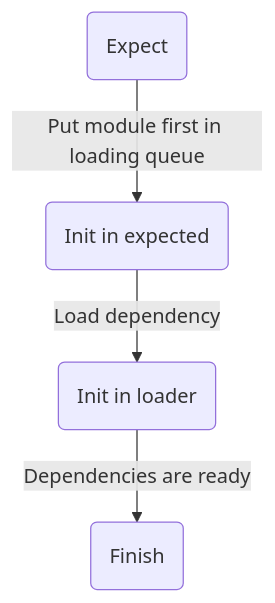
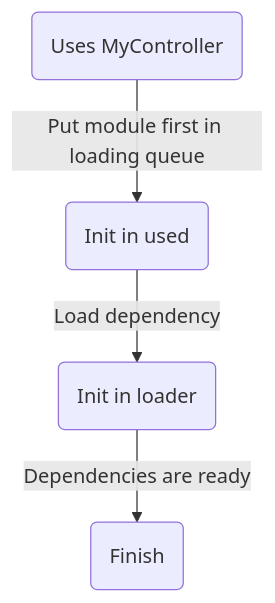
The diagram in docs/guides/dependencies.md (luminlabsdev/framework), drawn with Mermaid before and after one commit. The commit also changed other lines of this file and 9 other files, not shown here.

````diff
--- a/docs/guides/dependencies.md
+++ b/docs/guides/dependencies.md
@@ -40,4 +40,4 @@
 ```mermaid
 flowchart TB
-    A(Expect) -- Put module first in loading queue --> B(Init in expected) -- Load dependency --> C(Init in loader) -- Dependencies are ready --> D(Finish)
+    A(Uses MyController) -- Put module first in loading queue --> B(Init in used) -- Load dependency --> C(Init in loader) -- Dependencies are ready --> D(Finish)
 ```
````
